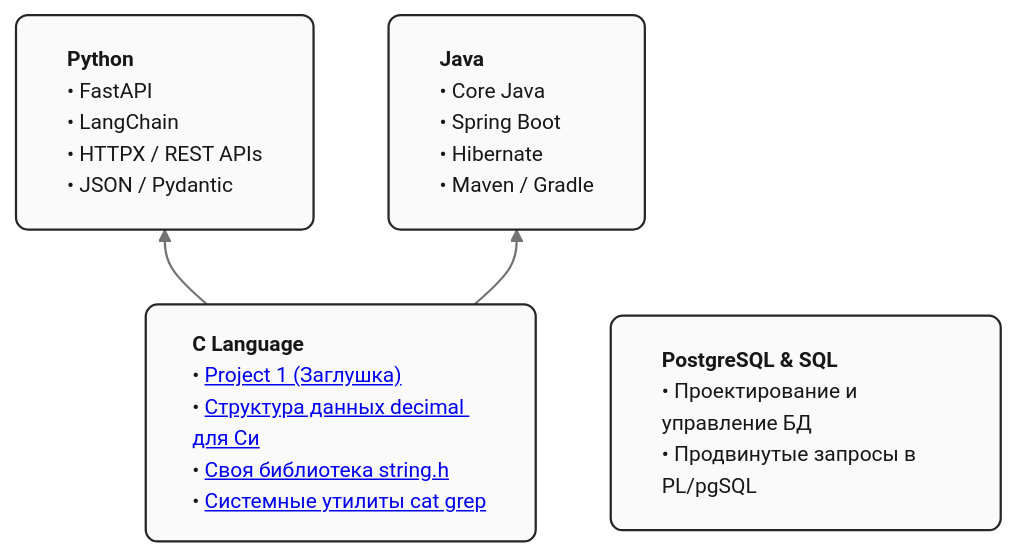
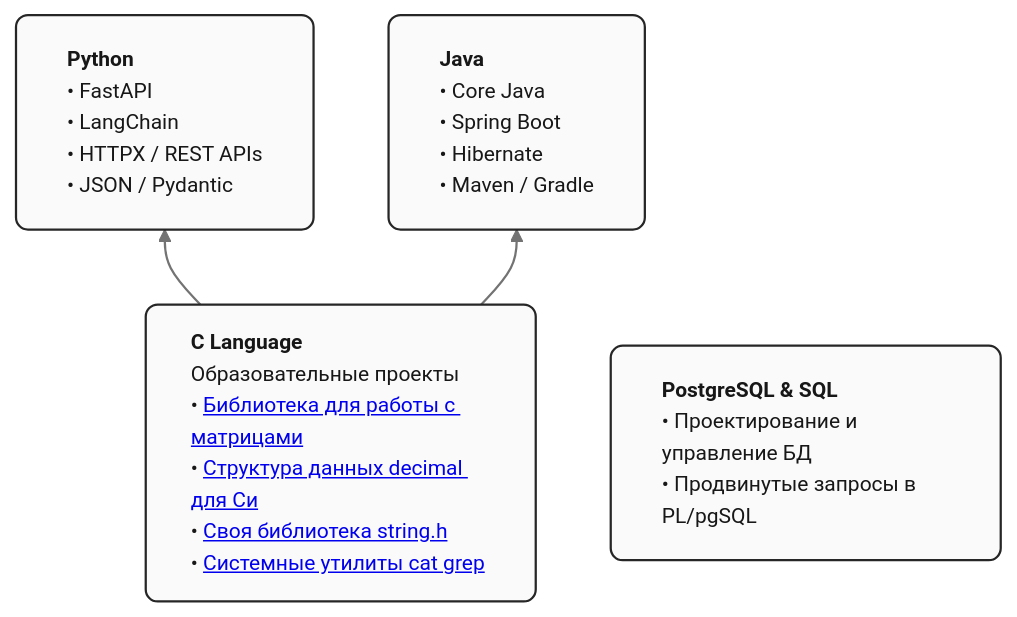
The diagram in README.md (fanofanapa/fanofanapa), drawn with Mermaid before and after one commit.

````diff
--- a/README.md
+++ b/README.md
@@ -1,20 +1,20 @@
 ```mermaid
 %%{init: {'theme': 'base', 'themeVariables': { 'fontSize': '14px', 'fontFamily': 'Inter, system-ui, -apple-system, sans-serif' }}}%%
 flowchart BT
-    c_lang["<div style='text-align: left; padding: 1px;'><b>C Language</b><br/>• <a href='https://github.com/'>Project 1 (Заглушка)</a><br/>• <a href='https://github.com/fanofanapa/decimal_lib_c_edu'>Структура данных decimal для Си</a><br/>• <a href='https://github.com/fanofanapa/strings_lib_c_edu'>Своя библиотека string.h</a><br/>• <a href='https://github.com/fanofanapa/cat_grep_educational/tree/main'>Системные утилиты cat grep</a></div>"]
+    c_lang["<div style='text-align: left; padding: 0px;'><b>C Language</b><br/>Образовательные проекты<br/>• <a href='https://github.com/fanofanapa/matrix_lib_c_edu'>Библиотека для работы с матрицами</a><br/>• <a href='https://github.com/fanofanapa/decimal_lib_c_edu'>Структура данных decimal для Си</a><br/>• <a href='https://github.com/fanofanapa/strings_lib_c_edu'>Своя библиотека string.h</a><br/>• <a href='https://github.com/fanofanapa/cat_grep_educational/tree/main'>Системные утилиты cat grep</a></div>"]
     
     sql["<div style='text-align: left; padding: 4px;'><b>PostgreSQL & SQL</b><br/>• Проектирование и управление БД<br/>• Продвинутые запросы в PL/pgSQL</div>"]
 
     java["<div style='text-align: left; padding: 4px;'><b>Java</b><br/>• Core Java<br/>• Spring Boot<br/>• Hibernate<br/>• Maven / Gradle</div>"]
     
     python["<div style='text-align: left; padding: 4px;'><b>Python</b><br/>• FastAPI<br/>• LangChain<br/>• HTTPX / REST APIs<br/>• JSON / Pydantic</div>"]
 
     c_lang --> python
     c_lang --> java
 
     %% Минималистичный стиль узлов: светлый фон, темные тонкие рамки, скругленные углы (rx/ry)
     classDef default fill:#fafafa,stroke:#262626,stroke-width:1.5px,color:#171717,rx:8px,ry:8px;
     
     %% Строгий стиль линий
     linkStyle default stroke:#737373,stroke-width:1.5px;
 ```
````
